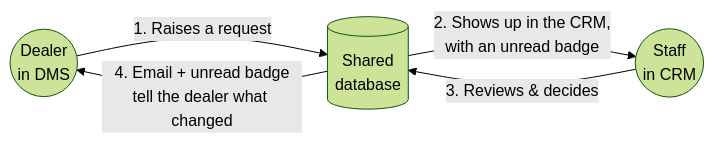
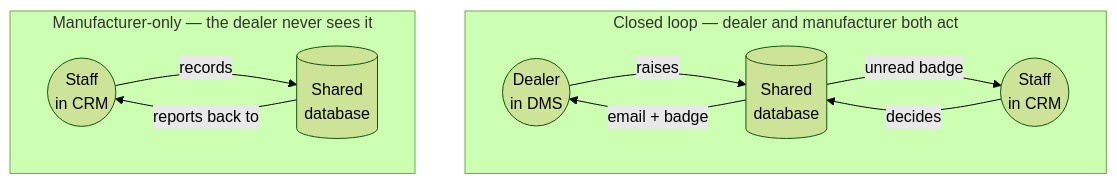
The first of 5 diagrams in docs/CLOSED_LOOP_MODULES.md (Rishabh-patidar-dev/EV-CRM-), drawn with Mermaid (forest theme) before and after one commit. The commit also changed other lines of this file and 58 other files, not shown here.

````diff
--- a/docs/CLOSED_LOOP_MODULES.md
+++ b/docs/CLOSED_LOOP_MODULES.md
@@ -9,7 +9,16 @@
 ```mermaid
-flowchart LR
-    D(("Dealer<br/>in DMS")) -->|"1. Raises a request"| DB[("Shared<br/>database")]
-    DB -->|"2. Shows up in the CRM,<br/>with an unread badge"| S(("Staff<br/>in CRM"))
-    S -->|"3. Reviews & decides"| DB
-    DB -->|"4. Email + unread badge<br/>tell the dealer what changed"| D
+flowchart TB
+    subgraph LOOP["Closed loop — dealer and manufacturer both act"]
+        direction LR
+        D(("Dealer<br/>in DMS")) -->|"raises"| DB[("Shared<br/>database")]
+        DB -->|"unread badge"| S(("Staff<br/>in CRM"))
+        S -->|"decides"| DB
+        DB -->|"email + badge"| D
+    end
+
+    subgraph INTERNAL["Manufacturer-only — the dealer never sees it"]
+        direction LR
+        S2(("Staff<br/>in CRM")) -->|"records"| DB2[("Shared<br/>database")]
+        DB2 -->|"reports back to"| S2
+    end
 ```
````
